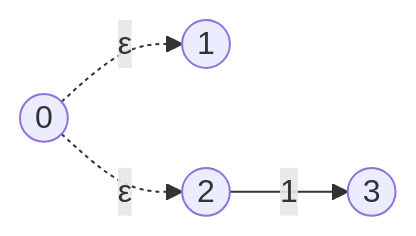
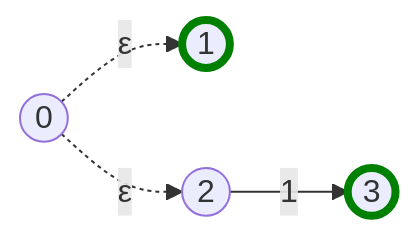
Before and after one commit to LeweyM/LeweyM.github.io: the ninth of 11 diagrams in personal-site/content/series/making regex from scratch in GO/08-Epsilons.md, drawn with Mermaid. The commit also changed other lines of this file, not shown here.

````diff
--- a/personal-site/content/series/making regex from scratch in GO/08-Epsilons.md
+++ b/personal-site/content/series/making regex from scratch in GO/08-Epsilons.md
@@ -312,6 +316,8 @@
 ```mermaid
 graph LR 
 0((0)) -."ε".-> 1((1)) 
 0((0)) -."ε".-> 2((2)) 
 2((2)) --"1"--> 3((3))
+style 3 stroke:green,stroke-width:4px;
+style 1 stroke:green,stroke-width:4px;
 ```
````
